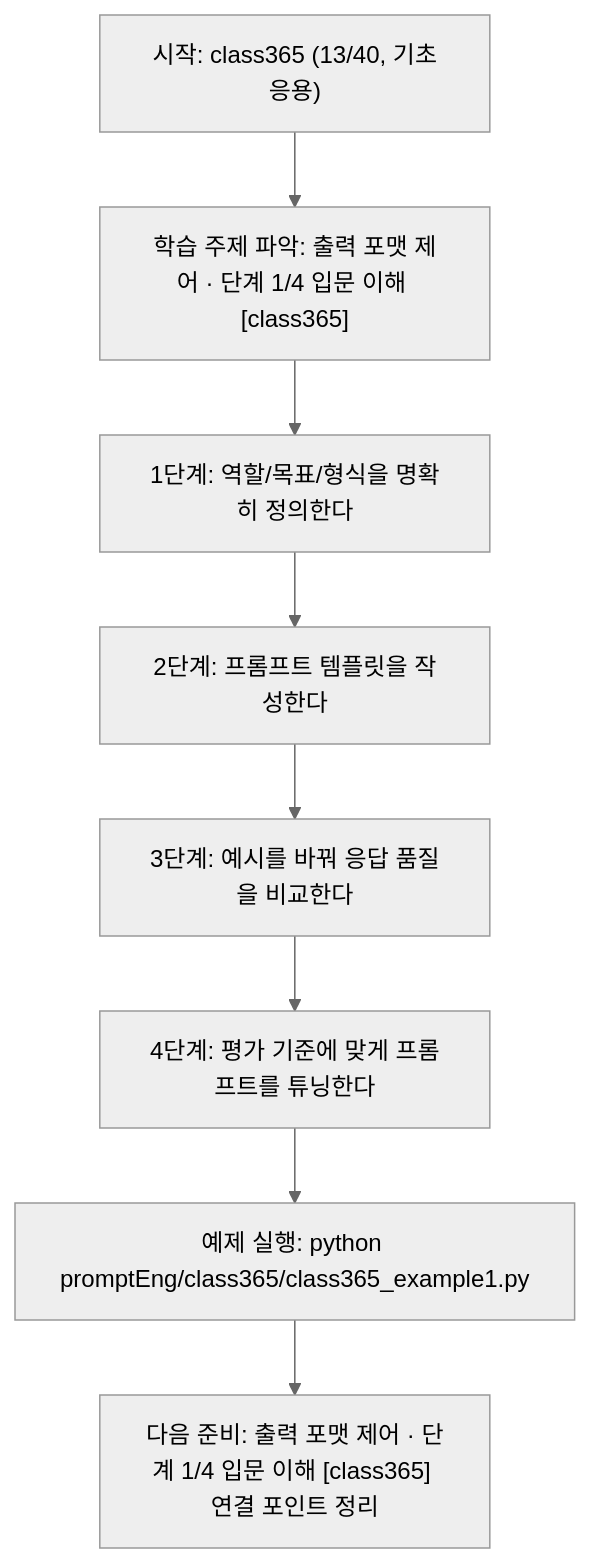
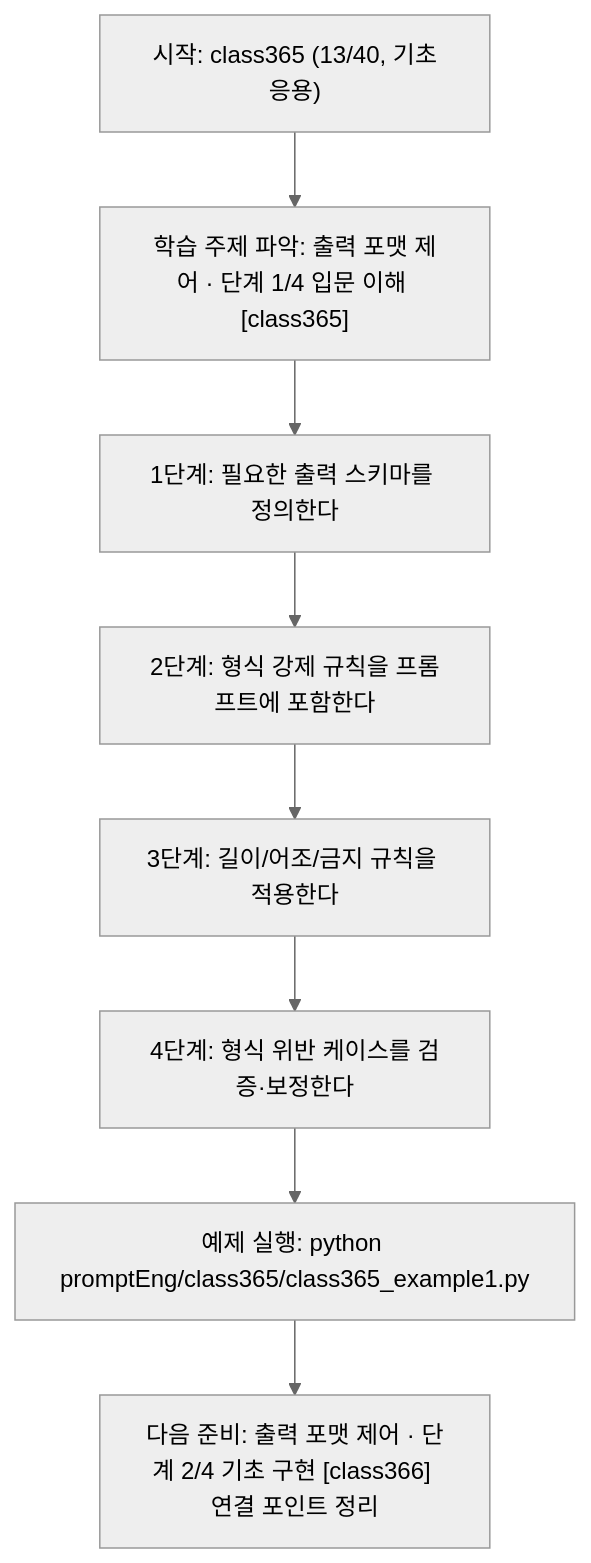
One commit to edumgt/Python-AI_Agent-Class changed the diagram in promptEng/class365/class365.md. Above: the diagram before and after it, drawn with Mermaid (neutral theme). The commit also changed other lines of this file and 283 other files, not shown here.

````diff
--- a/promptEng/class365/class365.md
+++ b/promptEng/class365/class365.md
@@ -110,18 +91,18 @@
 ```mermaid
 flowchart TD
 N1["시작: class365 (13/40, 기초응용)"]
 N2["학습 주제 파악: 출력 포맷 제어 · 단계 1/4 입문 이해 [class365]"]
-N3["1단계: 역할/목표/형식을 명확히 정의한다"]
-N4["2단계: 프롬프트 템플릿을 작성한다"]
-N5["3단계: 예시를 바꿔 응답 품질을 비교한다"]
-N6["4단계: 평가 기준에 맞게 프롬프트를 튜닝한다"]
+N3["1단계: 필요한 출력 스키마를 정의한다"]
+N4["2단계: 형식 강제 규칙을 프롬프트에 포함한다"]
+N5["3단계: 길이/어조/금지 규칙을 적용한다"]
+N6["4단계: 형식 위반 케이스를 검증·보정한다"]
 N7["예제 실행: python promptEng/class365/class365_example1.py"]
-N8["다음 준비: 출력 포맷 제어 · 단계 1/4 입문 이해 [class365] 연결 포인트 정리"]
+N8["다음 준비: 출력 포맷 제어 · 단계 2/4 기초 구현 [class366] 연결 포인트 정리"]
 N1 --> N2
 N2 --> N3
 N3 --> N4
 N4 --> N5
 N5 --> N6
 N6 --> N7
 N7 --> N8
 ```
````
